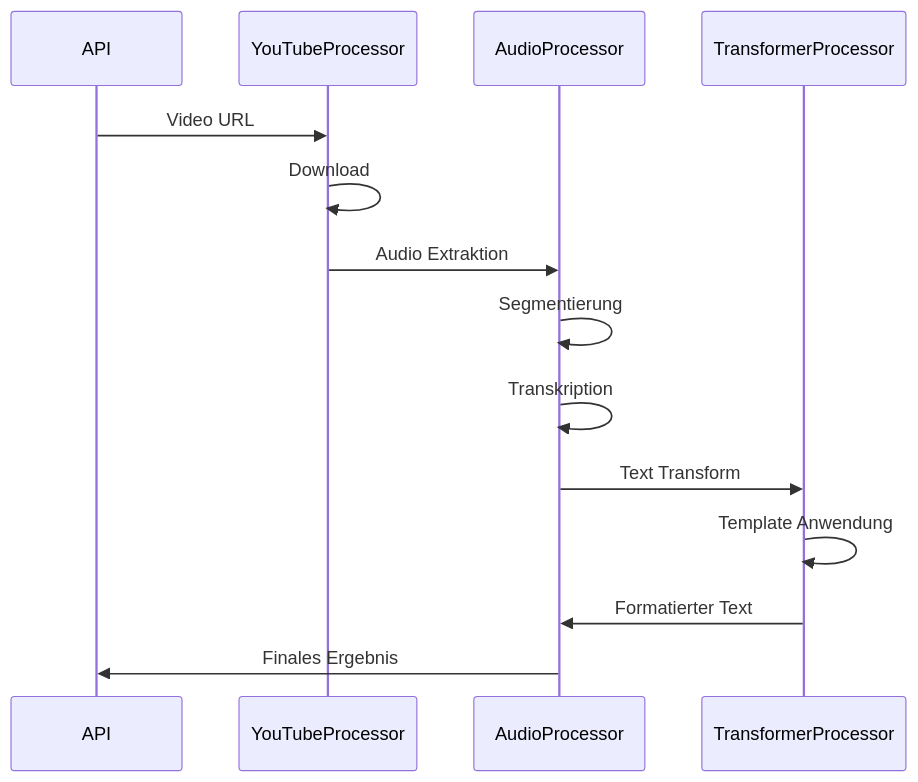
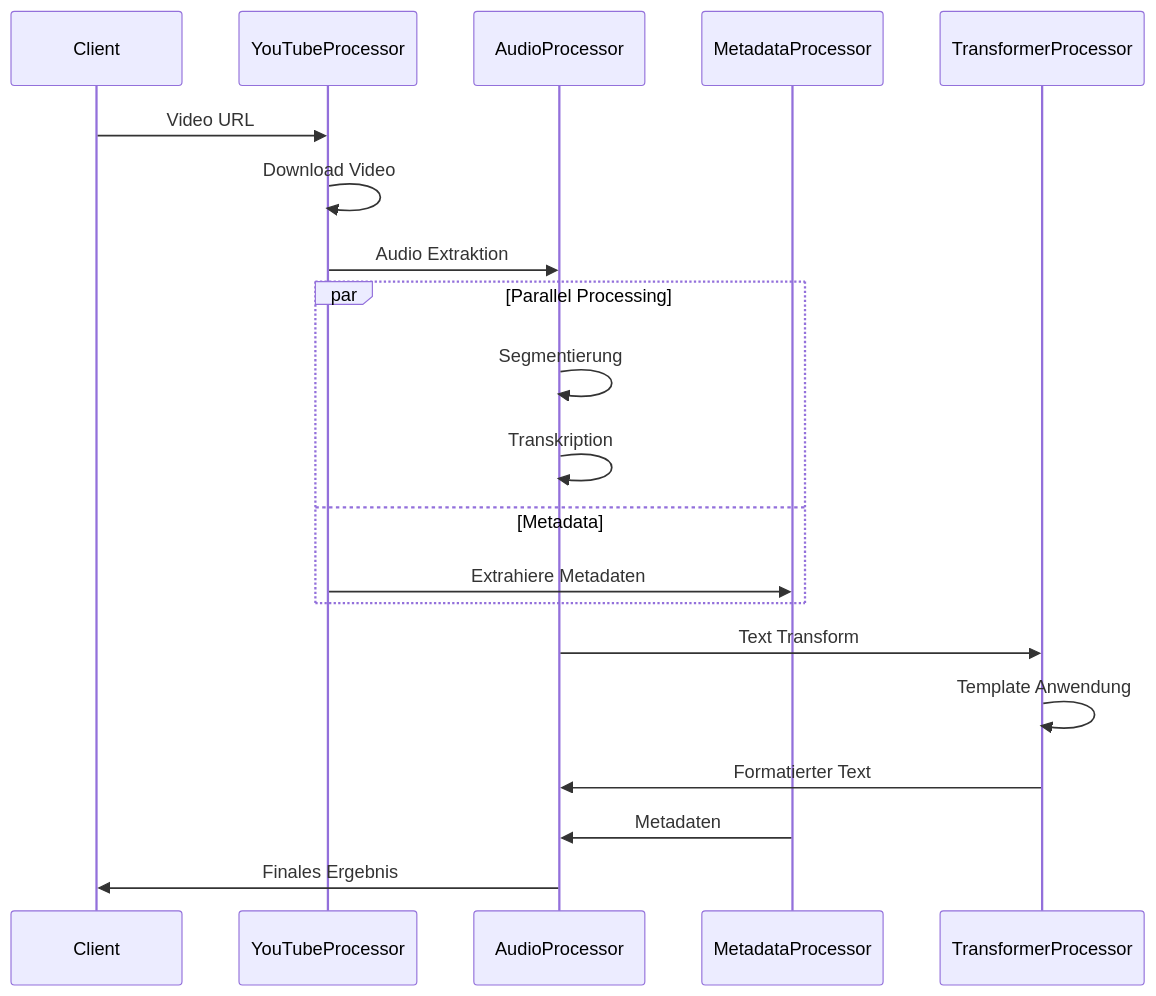
Before and after one commit to bCommonsLAB/CommonSecretaryServices: the fourth of 6 diagrams in docs/01_architecture.md, drawn with Mermaid. The commit also changed other lines of this file and 25 other files, not shown here.

First line of the commit message:
Refactor API Responses and Metadata Processing with Enhanced Tracking

````diff
--- a/docs/01_architecture.md
+++ b/docs/01_architecture.md
@@ -124,17 +222,26 @@
 ```mermaid
 sequenceDiagram
-    participant API
+    participant Client
     participant YT as YouTubeProcessor
     participant Audio as AudioProcessor
+    participant Meta as MetadataProcessor
     participant Trans as TransformerProcessor
     
-    API->>YT: Video URL
-    YT->>YT: Download
+    Client->>YT: Video URL
+    YT->>YT: Download Video
     YT->>Audio: Audio Extraktion
-    Audio->>Audio: Segmentierung
-    Audio->>Audio: Transkription
+    
+    par Parallel Processing
+        Audio->>Audio: Segmentierung
+        Audio->>Audio: Transkription
+        and Metadata
+        YT->>Meta: Extrahiere Metadaten
+    end
+    
     Audio->>Trans: Text Transform
     Trans->>Trans: Template Anwendung
     Trans->>Audio: Formatierter Text
-    Audio->>API: Finales Ergebnis
+    Meta->>Audio: Metadaten
+    
+    Audio->>Client: Finales Ergebnis
 ```
````
